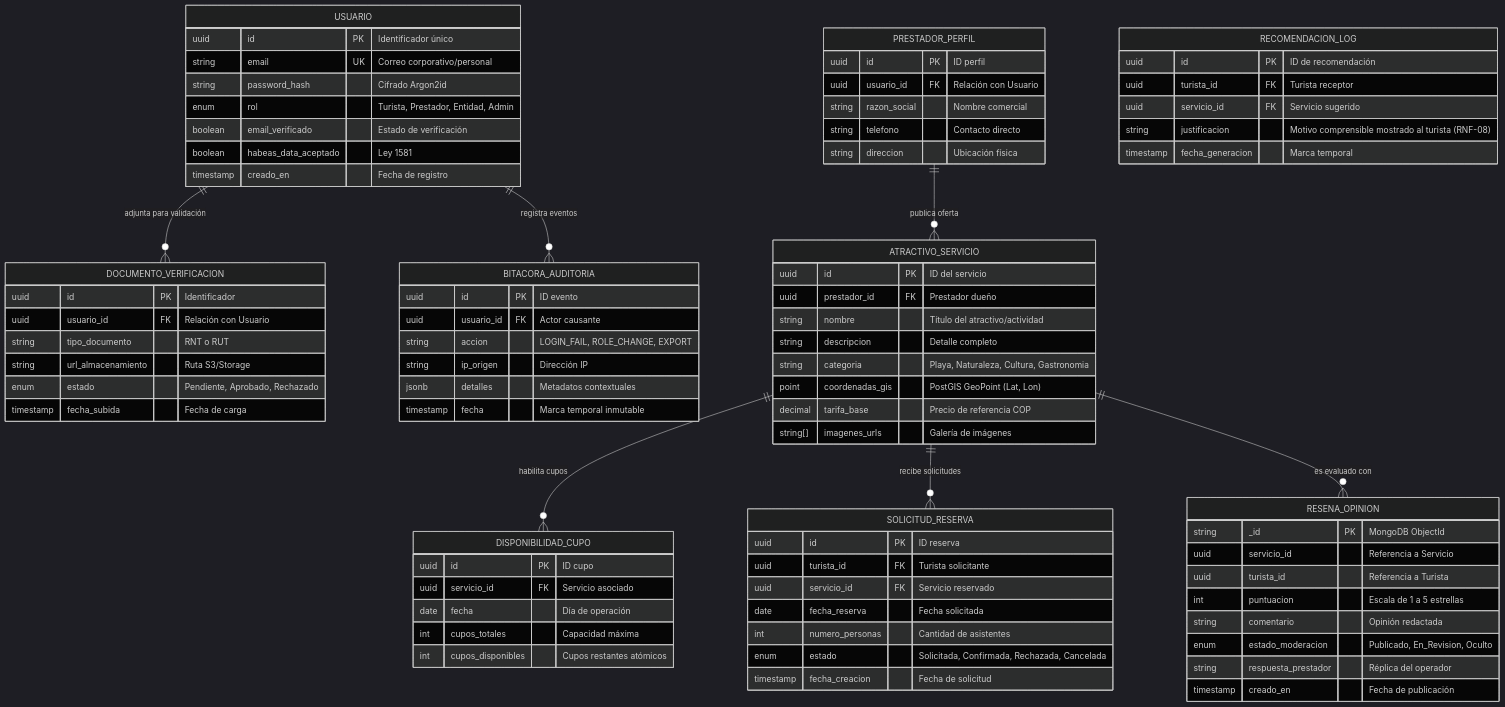
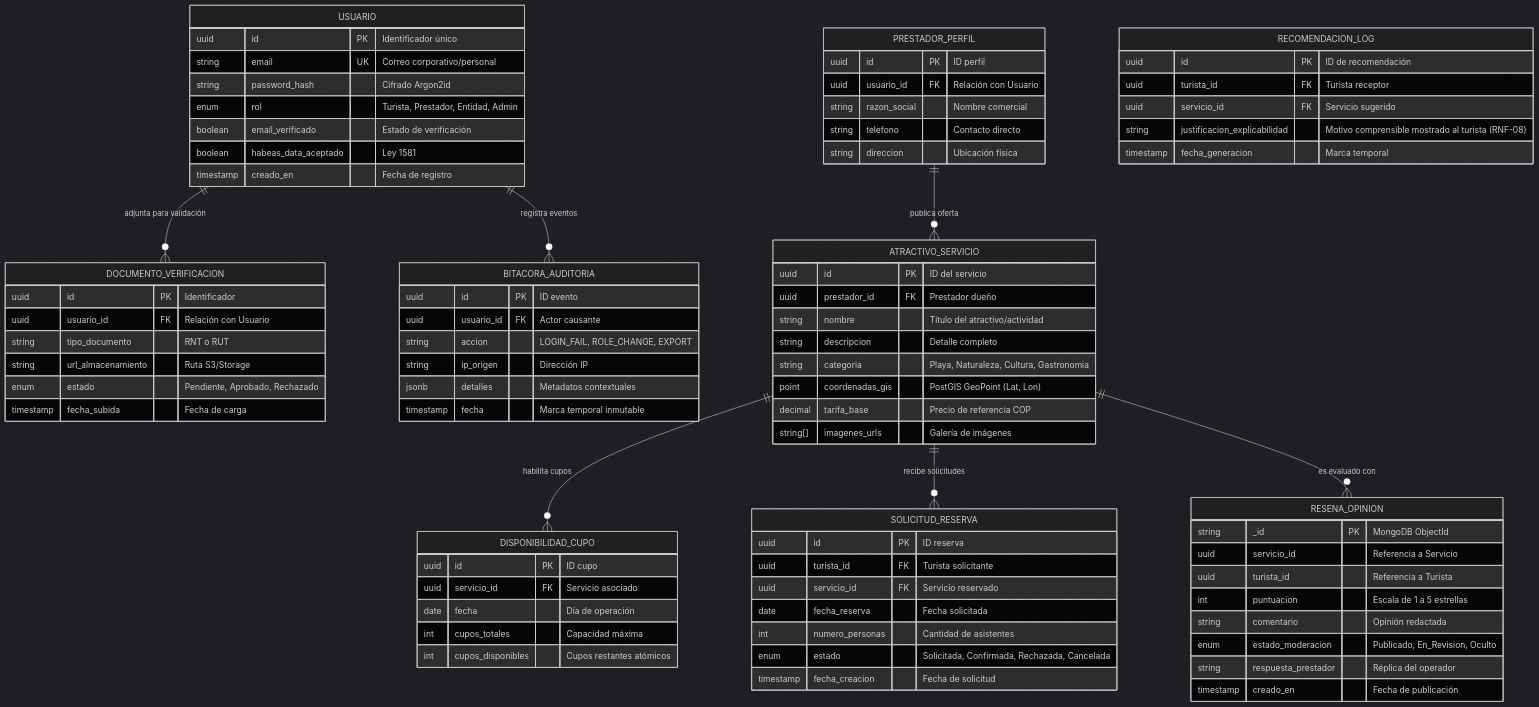
Before and after one commit to luifdo/Tourism: the eighth of 9 diagrams in Documents/Pages/Requirements_docIEEE.md, drawn with Mermaid (dark theme). The commit also changed other lines of this file, not shown here.

````diff
--- a/Documents/Pages/Requirements_docIEEE.md
+++ b/Documents/Pages/Requirements_docIEEE.md
@@ -924,7 +932,7 @@
         uuid id PK "ID de recomendación"
         uuid turista_id FK "Turista receptor"
         uuid servicio_id FK "Servicio sugerido"
-        string justificacion "Motivo comprensible mostrado al turista (RNF-08)"
+        string justificacion_explicabilidad "Motivo comprensible mostrado al turista (RNF-08)"
         timestamp fecha_generacion "Marca temporal"
     }
 ```
````
